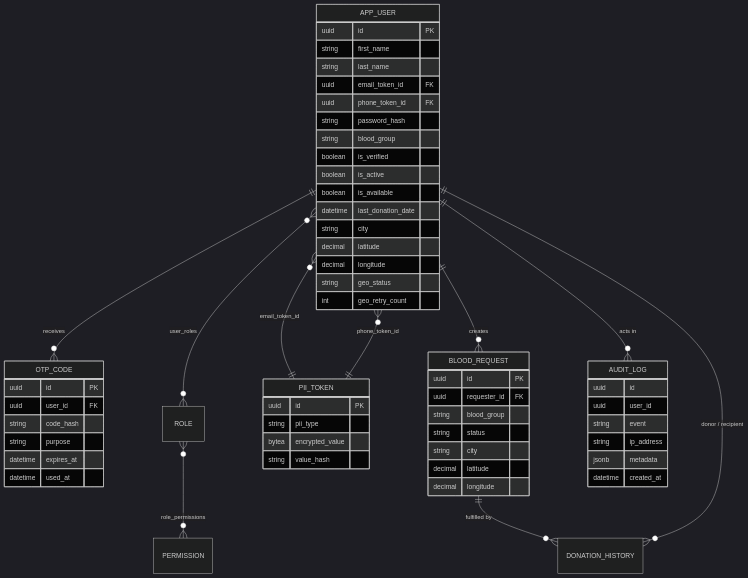
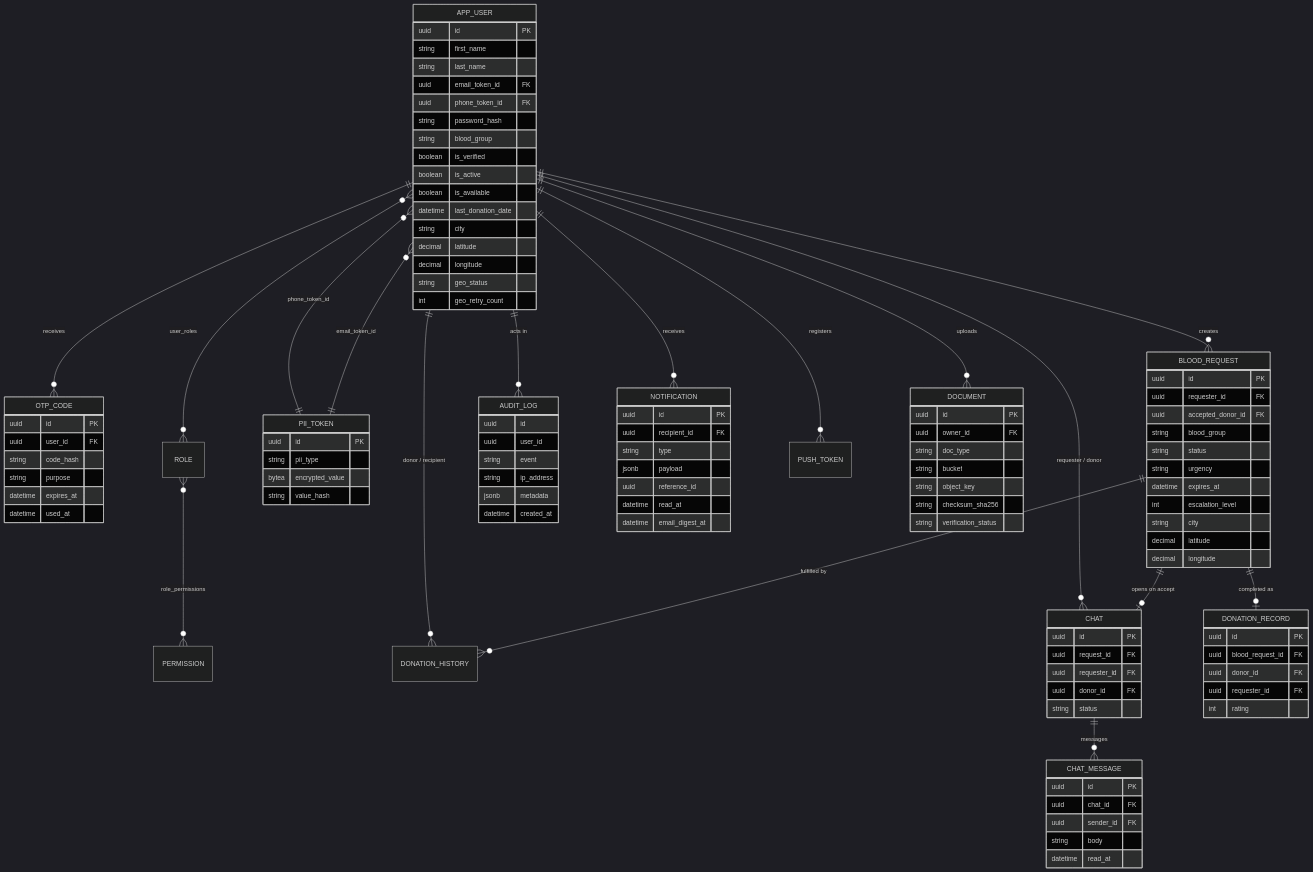
The fourth of 15 diagrams in docs/architecture.md (ADS77/Blood-Donor-Finder), drawn with Mermaid (dark theme) before and after one commit. The commit also changed other lines of this file and 1 other file, not shown here.

Commit message:
docs: document realtime, notifications, storage and new search flows

```diff
--- a/docs/architecture.md
+++ b/docs/architecture.md
@@ -157,6 +171,13 @@
     BLOOD_REQUEST ||--o{ DONATION_HISTORY : "fulfilled by"
     APP_USER ||--o{ DONATION_HISTORY : "donor / recipient"
     APP_USER ||--o{ AUDIT_LOG : "acts in"
+    BLOOD_REQUEST ||--o| CHAT : "opens on accept"
+    APP_USER ||--o{ CHAT : "requester / donor"
+    CHAT ||--o{ CHAT_MESSAGE : "messages"
+    BLOOD_REQUEST ||--o| DONATION_RECORD : "completed as"
+    APP_USER ||--o{ NOTIFICATION : "receives"
+    APP_USER ||--o{ PUSH_TOKEN : "registers"
+    APP_USER ||--o{ DOCUMENT : "uploads"
 
     APP_USER {
         uuid id PK
@@ -193,11 +214,54 @@
     BLOOD_REQUEST {
         uuid id PK
         uuid requester_id FK
+        uuid accepted_donor_id FK
         string blood_group
         string status
+        string urgency
+        datetime expires_at
+        int escalation_level
         string city
         decimal latitude
         decimal longitude
+    }
+    CHAT {
+        uuid id PK
+        uuid request_id FK
+        uuid requester_id FK
+        uuid donor_id FK
+        string status
+    }
+    CHAT_MESSAGE {
+        uuid id PK
+        uuid chat_id FK
+        uuid sender_id FK
+        string body
+        datetime read_at
+    }
+    DONATION_RECORD {
+        uuid id PK
+        uuid blood_request_id FK
+        uuid donor_id FK
+        uuid requester_id FK
+        int rating
+    }
+    NOTIFICATION {
+        uuid id PK
+        uuid recipient_id FK
+        string type
+        jsonb payload
+        uuid reference_id
+        datetime read_at
+        datetime email_digest_at
+    }
+    DOCUMENT {
+        uuid id PK
+        uuid owner_id FK
+        string doc_type
+        string bucket
+        string object_key
+        string checksum_sha256
+        string verification_status
     }
     AUDIT_LOG {
         uuid id
```
